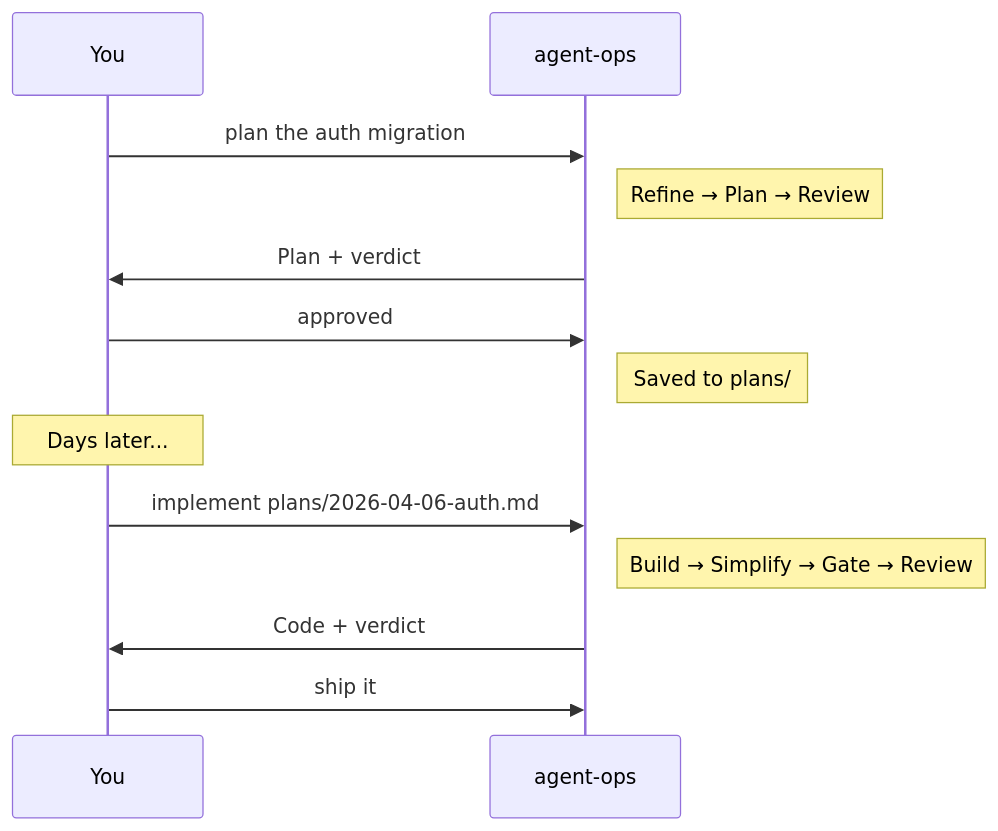
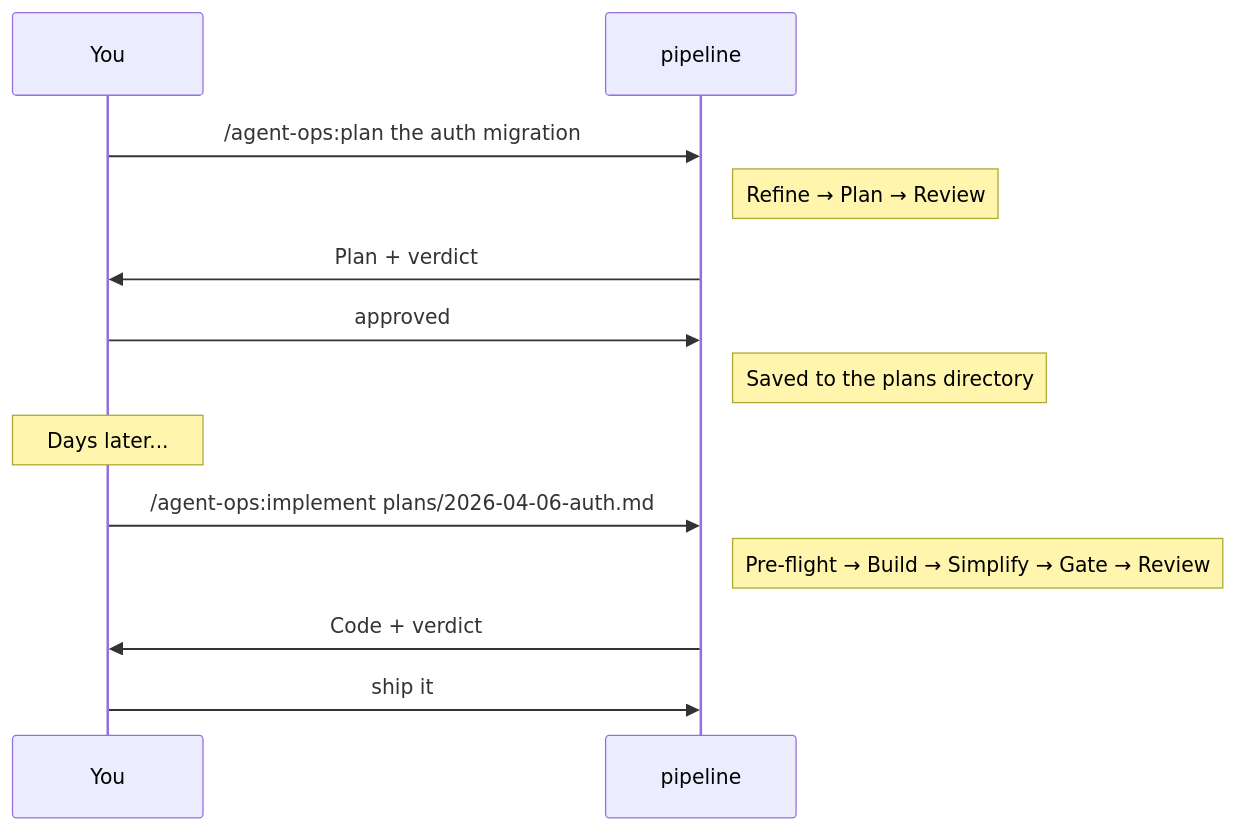
The third of 3 diagrams in README.md (epzee/agent-ops), drawn with Mermaid before and after one commit. The commit also changed other lines of this file and 37 other files, not shown here.

````diff
--- a/README.md
+++ b/README.md
@@ -139,13 +144,13 @@
 ```mermaid
 sequenceDiagram
-    You->>agent-ops: plan the auth migration
-    Note right of agent-ops: Refine → Plan → Review
-    agent-ops->>You: Plan + verdict
-    You->>agent-ops: approved
-    Note right of agent-ops: Saved to plans/
+    You->>pipeline: /agent-ops:plan the auth migration
+    Note right of pipeline: Refine → Plan → Review
+    pipeline->>You: Plan + verdict
+    You->>pipeline: approved
+    Note right of pipeline: Saved to the plans directory
     Note over You: Days later...
-    You->>agent-ops: implement plans/2026-04-06-auth.md
-    Note right of agent-ops: Build → Simplify → Gate → Review
-    agent-ops->>You: Code + verdict
-    You->>agent-ops: ship it
+    You->>pipeline: /agent-ops:implement plans/2026-04-06-auth.md
+    Note right of pipeline: Pre-flight → Build → Simplify → Gate → Review
+    pipeline->>You: Code + verdict
+    You->>pipeline: ship it
 ```
````
